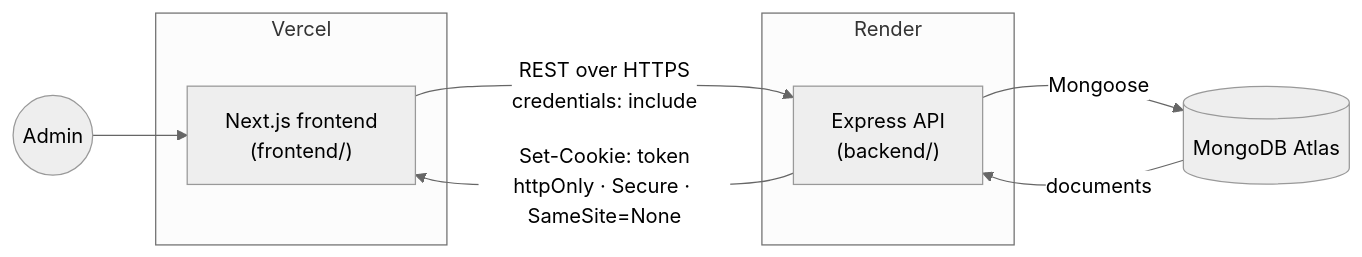
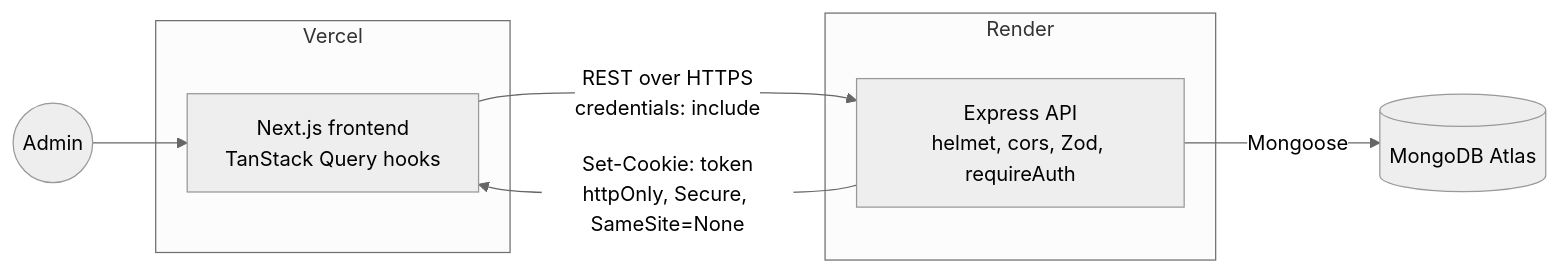
Before and after one commit to Saji-d/doctor-tracker: the diagram in README.md, drawn with Mermaid (neutral theme). The commit also changed other lines of this file and 3 other files, not shown here.

Commit message:
Redesign README with banner, previews and architecture diagrams

````diff
--- a/README.md
+++ b/README.md
@@ -59,17 +129,13 @@
 ```mermaid
 flowchart LR
-    User(("Admin"))
-    subgraph Vercel["Vercel"]
-        FE["Next.js frontend<br/>(frontend/)"]
-    end
-    subgraph Render["Render"]
-        BE["Express API<br/>(backend/)"]
-    end
-    DB[("MongoDB Atlas")]
-
-    User --> FE
-    FE -- "REST over HTTPS<br/>credentials: include" --> BE
-    BE -- "Set-Cookie: token<br/>httpOnly · Secure · SameSite=None" --> FE
-    BE -- "Mongoose" --> DB
-    DB -- "documents" --> BE
+  User(("Admin")) --> FE
+  subgraph Vercel["Vercel"]
+    FE["Next.js frontend<br>TanStack Query hooks"]
+  end
+  subgraph Render["Render"]
+    BE["Express API<br>helmet, cors, Zod, requireAuth"]
+  end
+  FE -->|"REST over HTTPS<br>credentials: include"| BE
+  BE -->|"Set-Cookie: token<br>httpOnly, Secure, SameSite=None"| FE
+  BE -->|"Mongoose"| DB[("MongoDB Atlas")]
 ```
````
